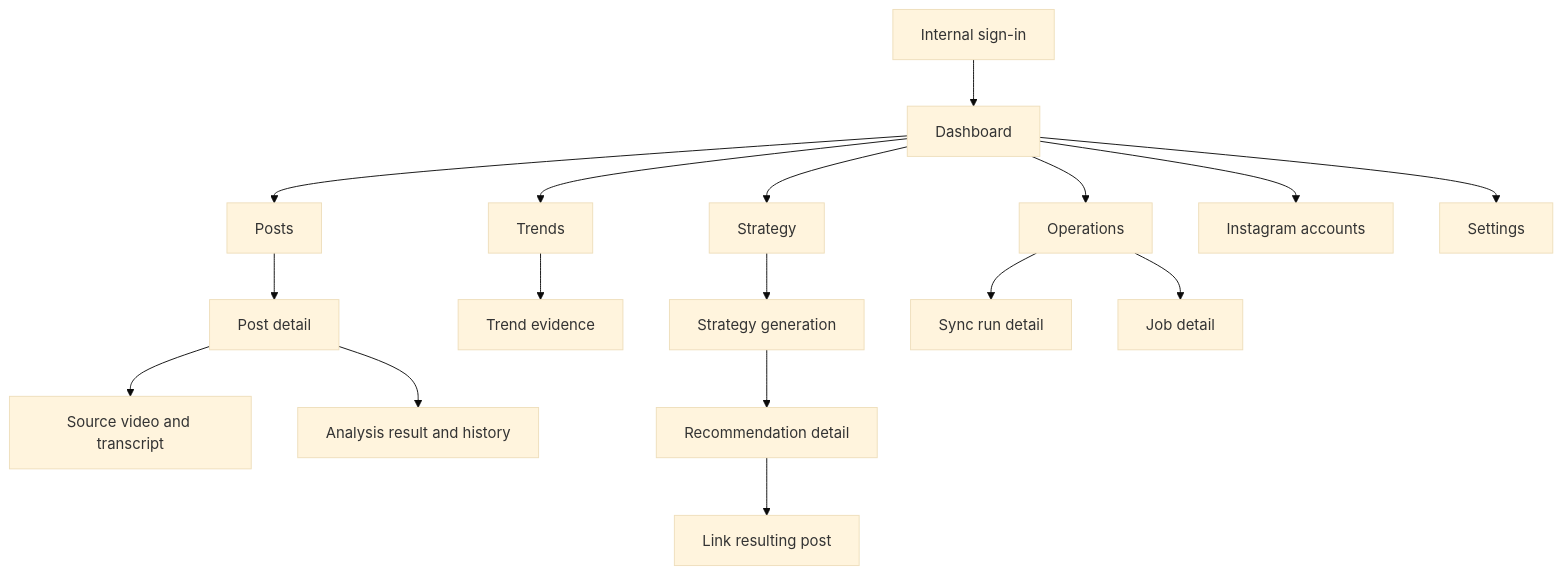
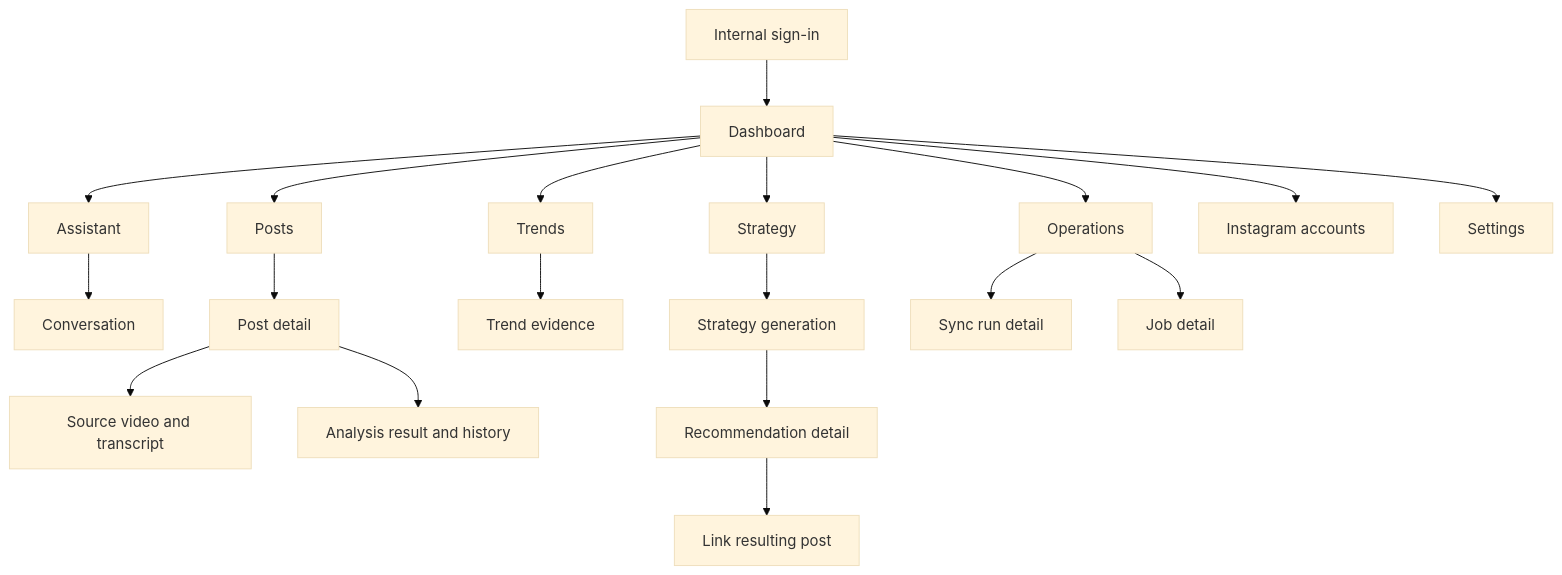
Before and after one commit to jrmilburn/content-automation: the diagram in docs/design/screen-map.md, drawn with Mermaid (base theme). The commit also changed other lines of this file and 36 other files, not shown here.

````diff
--- a/docs/design/screen-map.md
+++ b/docs/design/screen-map.md
@@ -8,19 +8,21 @@
 ```mermaid
 flowchart TD
   Login[Internal sign-in] --> Dashboard
   Dashboard --> Posts
   Dashboard --> Trends
   Dashboard --> Strategy
+  Dashboard --> Assistant
+  Assistant --> Conversation[Conversation]
   Dashboard --> Operations
   Dashboard --> Accounts[Instagram accounts]
   Posts --> PostDetail[Post detail]
   PostDetail --> Source[Source video and transcript]
   PostDetail --> Analysis[Analysis result and history]
   Trends --> TrendDetail[Trend evidence]
   Strategy --> StrategyDetail[Strategy generation]
   StrategyDetail --> Recommendation[Recommendation detail]
   Recommendation --> ResultingPost[Link resulting post]
   Operations --> SyncDetail[Sync run detail]
   Operations --> JobDetail[Job detail]
   Dashboard --> Settings
 ```
````
